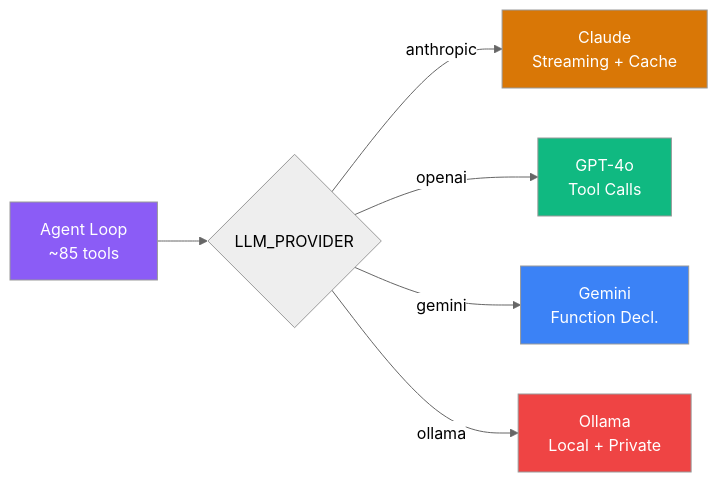
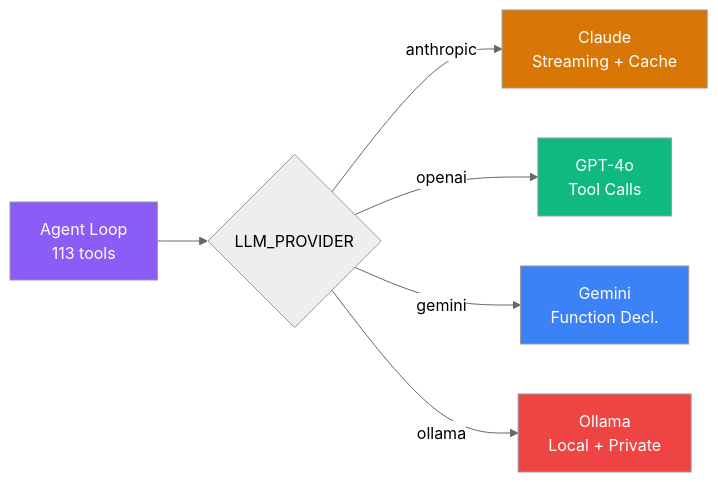
One commit to JosephOIbrahim/comfyui-agent changed the fourth of 26 diagrams in README.md. Above: the diagram before and after it, drawn with Mermaid (neutral theme). The commit also changed other lines of this file and 1 other file, not shown here.

````diff
--- a/README.md
+++ b/README.md
@@ -290,14 +290,14 @@
 ```mermaid
 graph LR
-    Agent[Agent Loop<br/>~85 tools] --> LLM{LLM_PROVIDER}
+    Agent[Agent Loop<br/>113 tools] --> LLM{LLM_PROVIDER}
     LLM -->|anthropic| A["Claude<br/>Streaming + Cache"]
     LLM -->|openai| B["GPT-4o<br/>Tool Calls"]
     LLM -->|gemini| C["Gemini<br/>Function Decl."]
     LLM -->|ollama| D["Ollama<br/>Local + Private"]
 
     style Agent fill:#8b5cf6,color:#fff
     style A fill:#d97706,color:#fff
     style B fill:#10b981,color:#fff
     style C fill:#3b82f6,color:#fff
     style D fill:#ef4444,color:#fff
 ```
````
